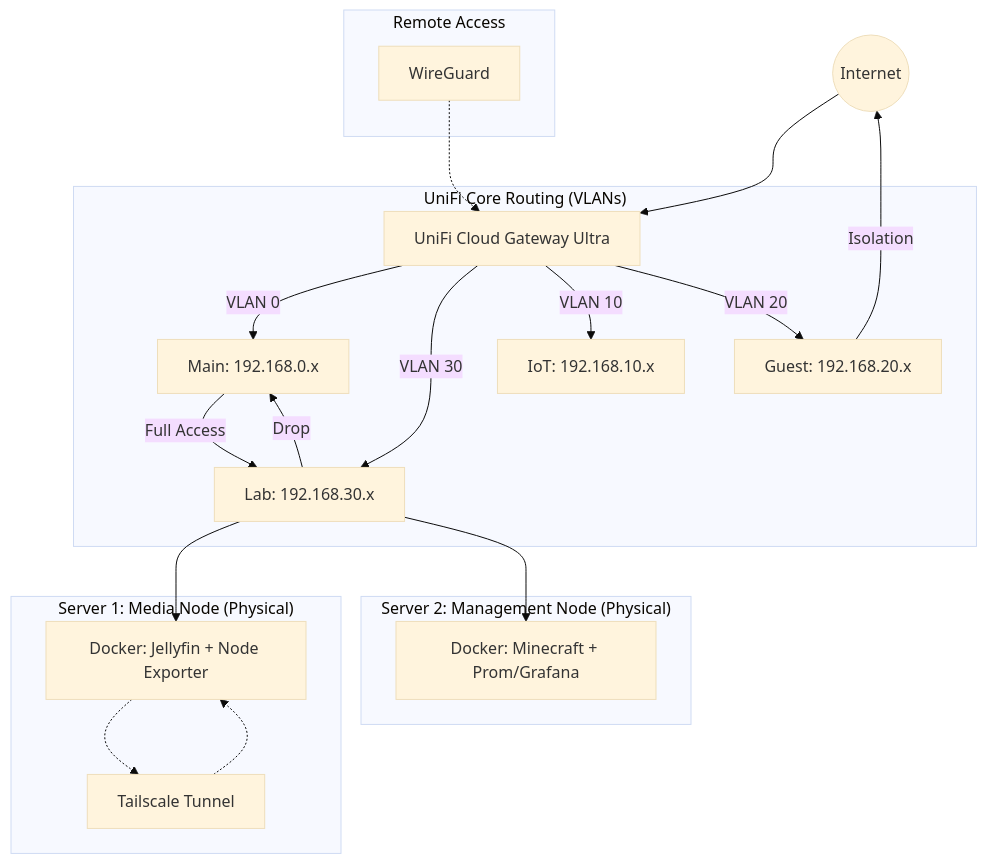
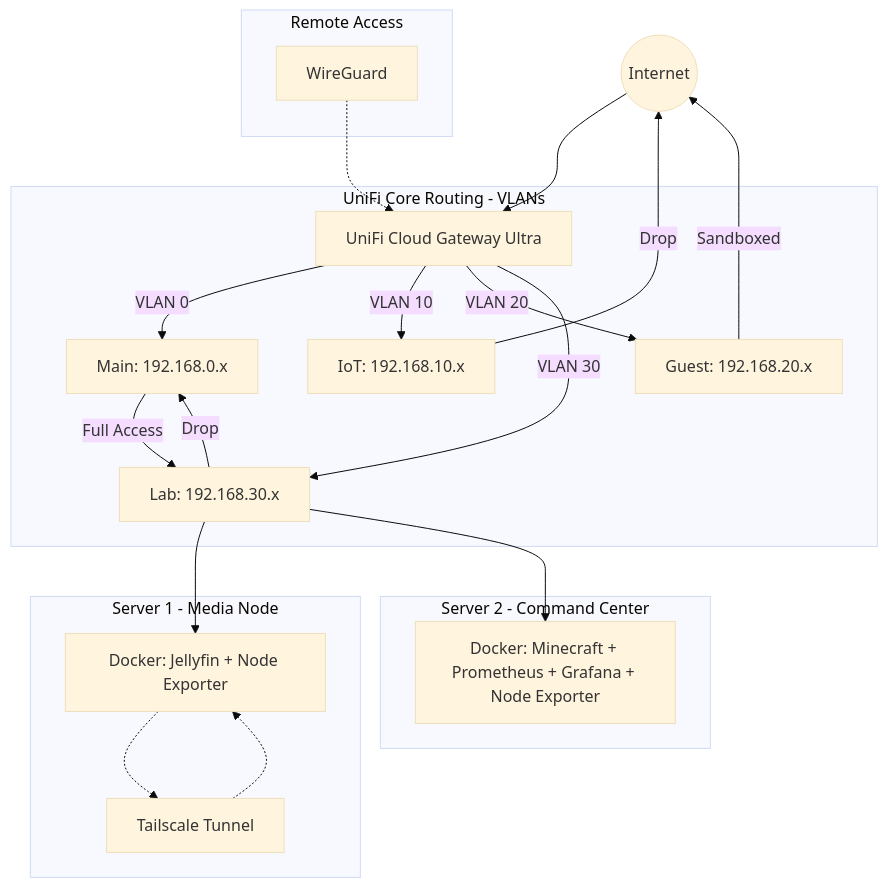
One commit to ItsSpres/Home-Lab changed the diagram in README.md. Above: the diagram before and after it, drawn with Mermaid (base theme). The commit also changed other lines of this file, not shown here.

````diff
--- a/README.md
+++ b/README.md
@@ -6,30 +46,30 @@
 ```mermaid
 graph TD
     WAN((Internet)) --> UCG[UniFi Cloud Gateway Ultra]
 
-    subgraph "UniFi Core Routing (VLANs)"
+    subgraph "UniFi Core Routing - VLANs"
         UCG -- "VLAN 0" --> Admin[Main: 192.168.0.x]
-        UCG -- "VLAN 30" --> Lab[Lab: 192.168.30.x]
         UCG -- "VLAN 10" --> IoT[IoT: 192.168.10.x]
         UCG -- "VLAN 20" --> Guest[Guest: 192.168.20.x]
+        UCG -- "VLAN 30" --> Lab[Lab: 192.168.30.x]
     end
 
-    subgraph "Server 1: Media Node (Physical)"
+    subgraph "Server 1 - Media Node"
         Lab --> S1[Docker: Jellyfin + Node Exporter]
         S1 -.-> TS[Tailscale Tunnel]
     end
 
-    subgraph "Server 2: Management Node (Physical)"
-        Lab --> S2[Docker: Minecraft + Prom/Grafana]
+    subgraph "Server 2 - Command Center"
+        Lab --> S2[Docker: Minecraft + Prometheus + Grafana + Node Exporter]
     end
 
     subgraph "Remote Access"
+        TS -.-> S1
         WireGuard -.-> UCG
-        TS -.-> S1
     end
 
     Admin -- "Full Access" --> Lab
     Lab -- "Drop" --> Admin
-    Guest -- "Isolation" --> WAN
-
+    IoT -- "Drop" --> WAN
+    Guest -- "Sandboxed" --> WAN
 ```
````
